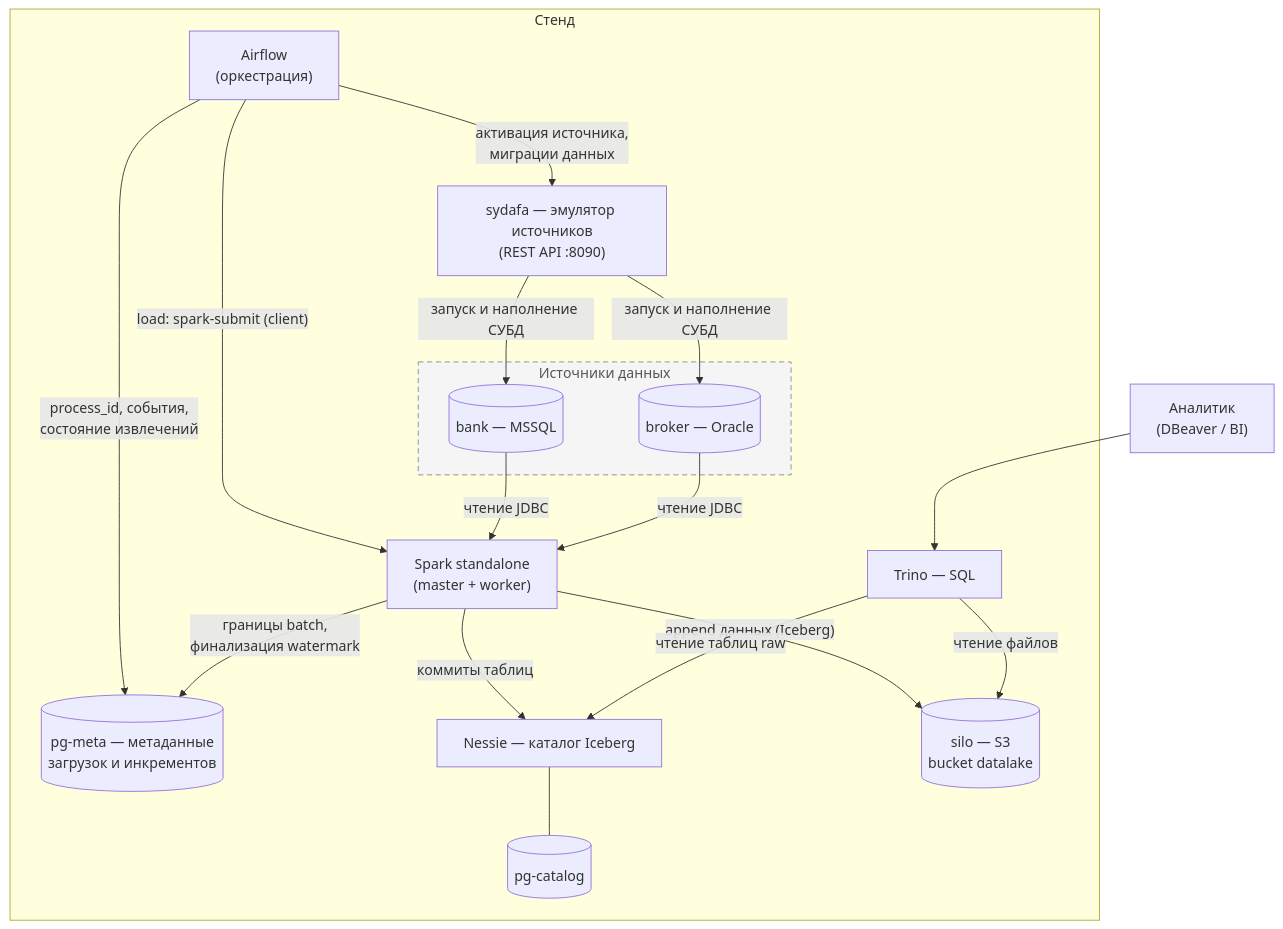
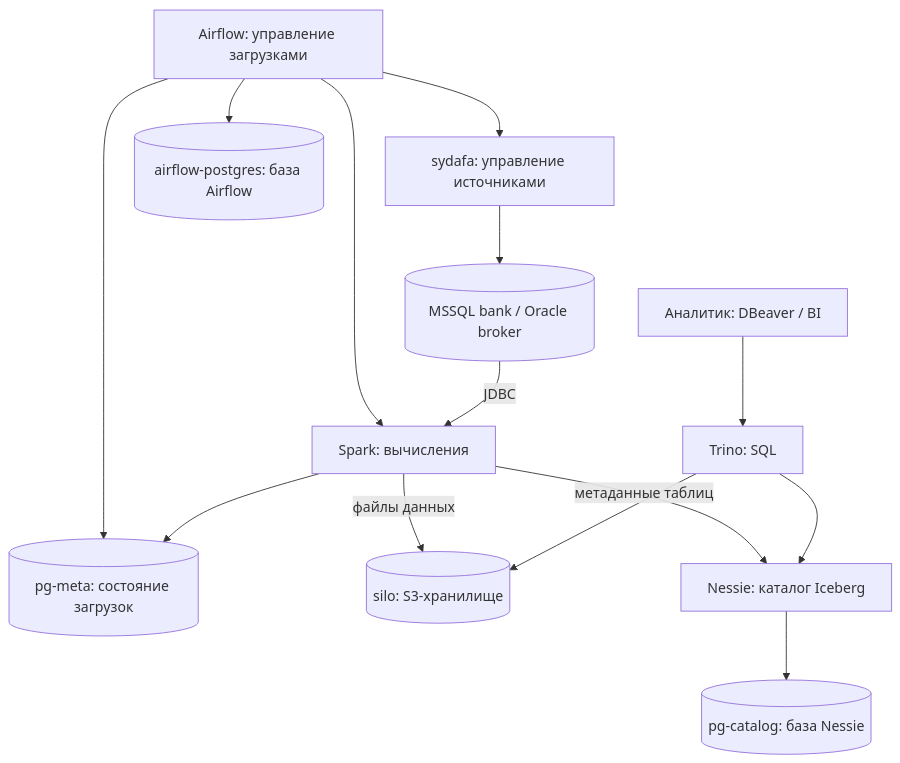
The diagram in README.md (georgekochergin/datalake_stand), drawn with Mermaid before and after one commit. The commit also changed other lines of this file and 5 other files, not shown here.

````diff
--- a/README.md
+++ b/README.md
@@ -98,37 +53,16 @@
 ```mermaid
 flowchart TB
-    ANALYST["Аналитик\n(DBeaver / BI)"]
-
-    subgraph Stand["Стенд"]
-        subgraph Sources["Источники данных"]
-            MSSQL[("bank — MSSQL")]
-            ORA[("broker — Oracle")]
-        end
-
-        SYDAFA["sydafa — эмулятор источников\n(REST API :8090)"]
-        AF["Airflow\n(оркестрация)"]
-        PGMETA[("pg-meta — метаданные\nзагрузок и инкрементов")]
-        SPARK["Spark standalone\n(master + worker)"]
-        NESSIE["Nessie — каталог Iceberg"]
-        PGC[("pg-catalog")]
-        SILO[("silo — S3\nbucket datalake")]
-        TRINO["Trino — SQL"]
-    end
-
-    SYDAFA -- "запуск и наполнение СУБД" --> MSSQL
-    SYDAFA -- "запуск и наполнение СУБД" --> ORA
-    AF -- "активация источника,\nмиграции данных" --> SYDAFA
-    AF -- "process_id, события,\nсостояние извлечений" --> PGMETA
-    AF -- "load: spark-submit (client)" --> SPARK
-    MSSQL -- "чтение JDBC" --> SPARK
-    ORA -- "чтение JDBC" --> SPARK
-    SPARK -- "границы batch,\nфинализация watermark" --> PGMETA
-    SPARK -- "append данных (Iceberg)" --> SILO
-    SPARK -- "коммиты таблиц" --> NESSIE
-    NESSIE --- PGC
-    TRINO -- "чтение таблиц raw" --> NESSIE
-    TRINO -- "чтение файлов" --> SILO
-    ANALYST --> TRINO
-
-    style Sources stroke-dasharray: 6 4,stroke:#888,fill:#f5f5f5,color:#555
+    USER["Аналитик: DBeaver / BI"] --> TRINO["Trino: SQL"]
+    AF["Airflow: управление загрузками"] --> SPARK["Spark: вычисления"]
+    AF --> SYDAFA["sydafa: управление источниками"]
+    SYDAFA --> SOURCES[("MSSQL bank / Oracle broker")]
+    SOURCES -- JDBC --> SPARK
+    AF --> META[("pg-meta: состояние загрузок")]
+    SPARK --> META
+    SPARK -- "файлы данных" --> SILO[("silo: S3-хранилище")]
+    SPARK -- "метаданные таблиц" --> NESSIE["Nessie: каталог Iceberg"]
+    TRINO --> NESSIE
+    TRINO --> SILO
+    NESSIE --> PGC[("pg-catalog: база Nessie")]
+    AF --> AFP[("airflow-postgres: база Airflow")]
 ```
````
